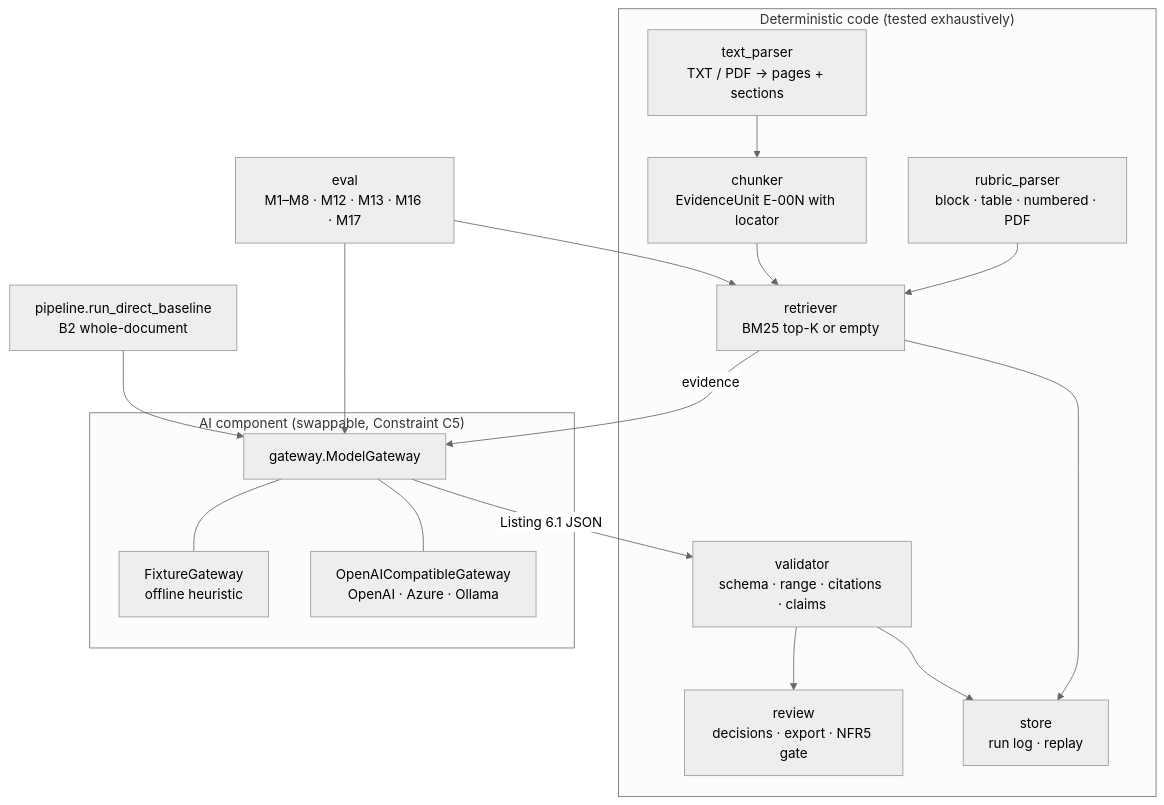
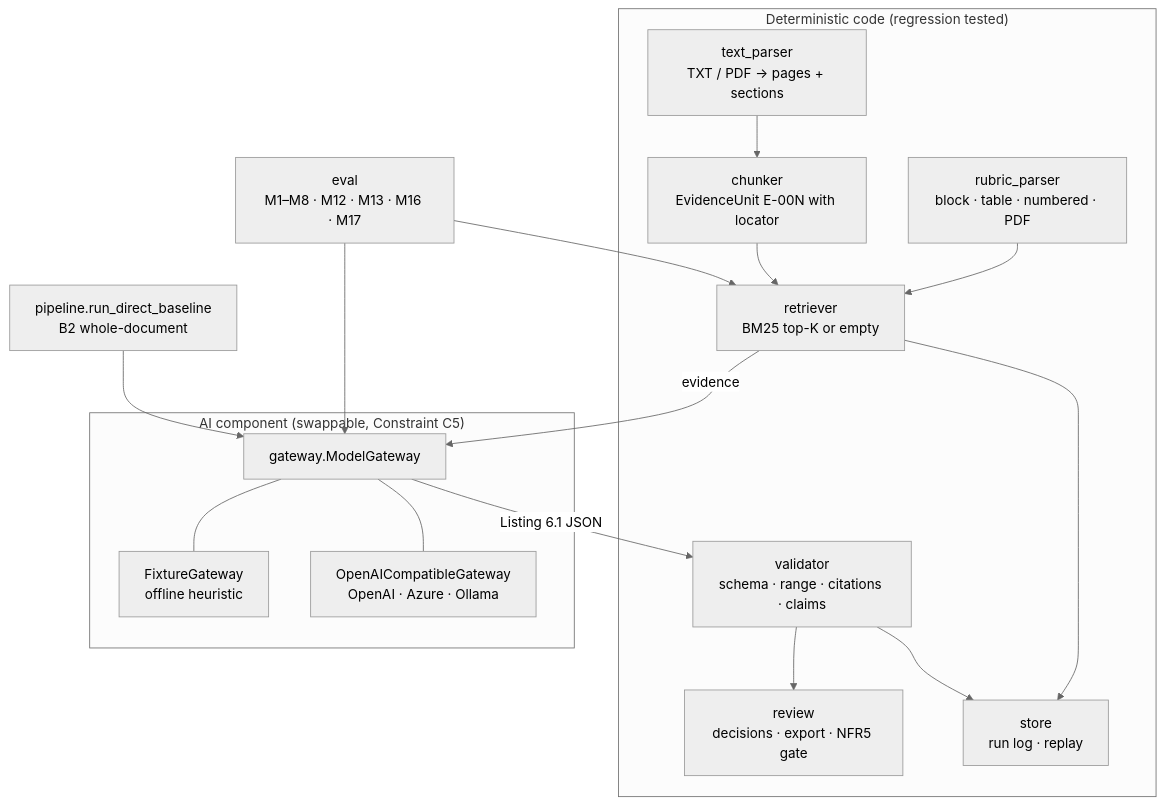
The second of 2 diagrams in docs/ARCHITECTURE.md (A1phaCat/elec5623-group14-rubric-agent), drawn with Mermaid (neutral theme) before and after one commit. The commit also changed other lines of this file and 14 other files, not shown here.

````diff
--- a/docs/ARCHITECTURE.md
+++ b/docs/ARCHITECTURE.md
@@ -25,29 +24,29 @@
 ```mermaid
 flowchart TB
-    subgraph Deterministic["Deterministic code (tested exhaustively)"]
+    subgraph Deterministic["Deterministic code (regression tested)"]
         RP[rubric_parser<br/>block · table · numbered · PDF]
         TP[text_parser<br/>TXT / PDF → pages + sections]
         CH[chunker<br/>EvidenceUnit E-00N with locator]
         RT[retriever<br/>BM25 top-K or empty]
         VA[validator<br/>schema · range · citations · claims]
         RV[review<br/>decisions · export · NFR5 gate]
         ST[store<br/>run log · replay]
     end
     subgraph AI["AI component (swappable, Constraint C5)"]
         GW[gateway.ModelGateway]
         FX[FixtureGateway<br/>offline heuristic]
         LV[OpenAICompatibleGateway<br/>OpenAI · Azure · Ollama]
         GW --- FX
         GW --- LV
     end
     RP --> RT
     TP --> CH --> RT
     RT -->|evidence| GW
     GW -->|Listing 6.1 JSON| VA
     VA --> RV
     RT --> ST
     VA --> ST
     EV[eval<br/>M1–M8 · M12 · M13 · M16 · M17] --> RT
     EV --> GW
     BL[pipeline.run_direct_baseline<br/>B2 whole-document] --> GW
 ```
````
